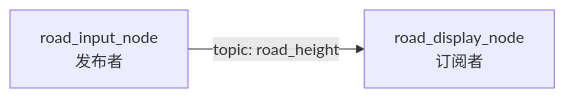
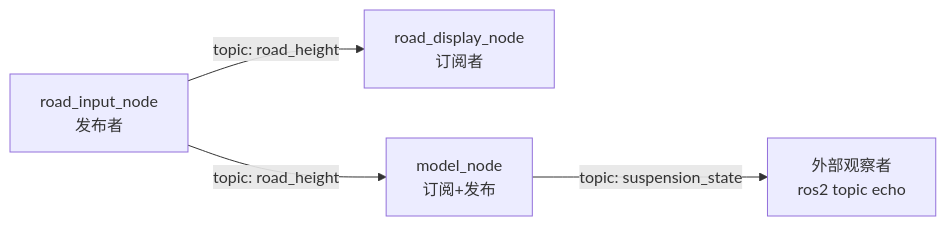
One commit to lilctrbl/ros2cplus_suspension_sim changed the diagram in RUNNING.md. Above: the diagram before and after it, drawn with Mermaid. The commit also changed other lines of this file and 7 other files, not shown here.

First line of the commit message:
feat: add 2DOF quarter car model node with custom message (v1.2)

````diff
--- a/RUNNING.md
+++ b/RUNNING.md
@@ -17,4 +22,6 @@
 ```mermaid
 graph LR
     A[road_input_node<br/>发布者] -->|topic: road_height| B[road_display_node<br/>订阅者]
+    A -->|topic: road_height| C[model_node<br/>订阅+发布]
+    C -->|topic: suspension_state| D[外部观察者<br/>ros2 topic echo]
 ```
````
